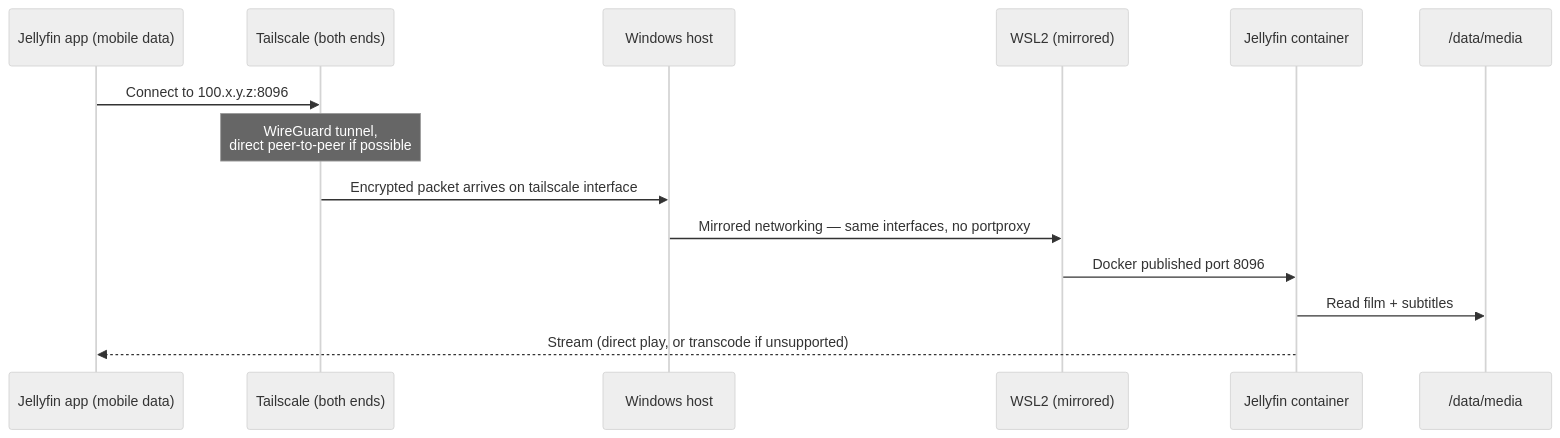
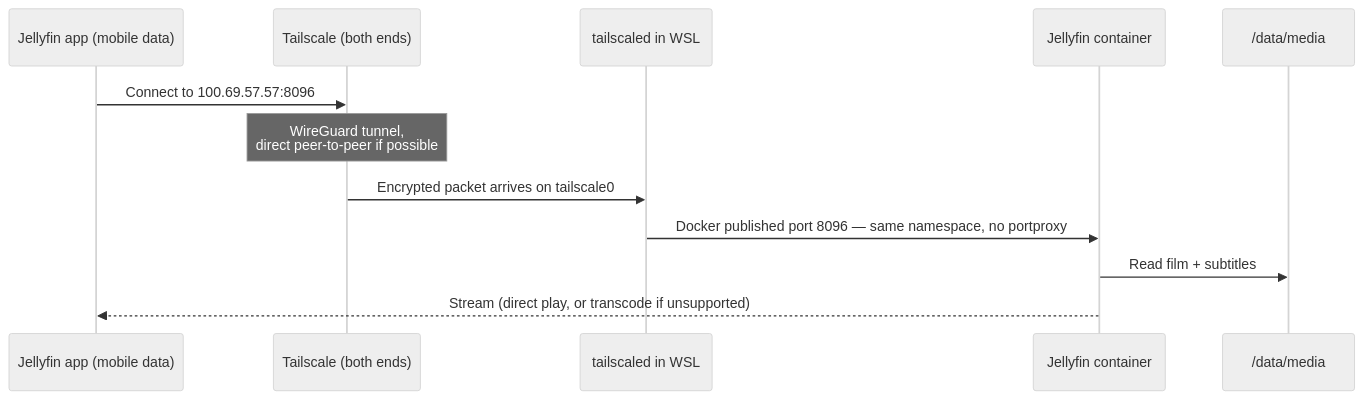
Before and after one commit to hiepgithub2001/nas-lab: the second of 2 diagrams in docs/REMOTE-ACCESS.md, drawn with Mermaid (neutral theme). The commit also changed other lines of this file and 2 other files, not shown here.

First line of the commit message:
Switch remote-access docs from the Windows client to Tailscale in WSL

````diff
--- a/docs/REMOTE-ACCESS.md
+++ b/docs/REMOTE-ACCESS.md
@@ -79,17 +79,15 @@
 ```mermaid
 sequenceDiagram
     participant Phone as Jellyfin app (mobile data)
     participant TS as Tailscale (both ends)
-    participant Win as Windows host
-    participant WSL as WSL2 (mirrored)
+    participant TSD as tailscaled in WSL
     participant JF as Jellyfin container
     participant Disk as /data/media
 
-    Phone->>TS: Connect to 100.x.y.z:8096
+    Phone->>TS: Connect to 100.69.57.57:8096
     Note over TS: WireGuard tunnel,<br/>direct peer-to-peer if possible
-    TS->>Win: Encrypted packet arrives on tailscale interface
-    Win->>WSL: Mirrored networking — same interfaces, no portproxy
-    WSL->>JF: Docker published port 8096
+    TS->>TSD: Encrypted packet arrives on tailscale0
+    TSD->>JF: Docker published port 8096 — same namespace, no portproxy
     JF->>Disk: Read film + subtitles
     JF-->>Phone: Stream (direct play, or transcode if unsupported)
 ```
````
